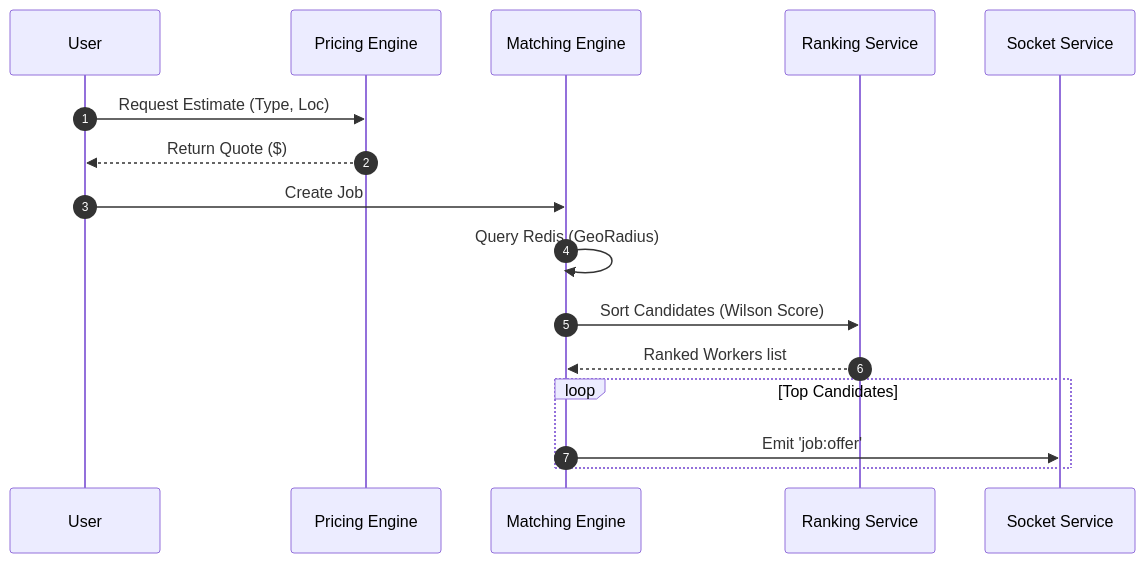
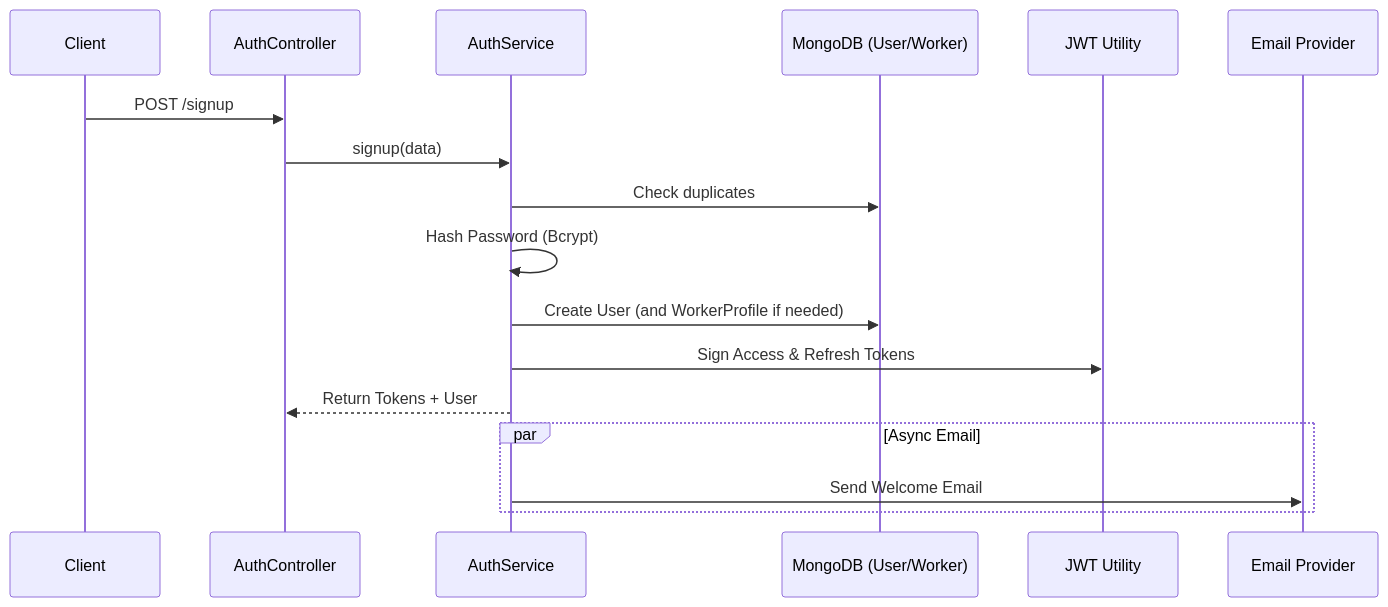
One commit to Somilg11/oddigo-v2 changed the first of 6 diagrams in docs_detailed_flows/DATA_FLOW_DIAGRAMS.md. Above: the diagram before and after it, drawn with Mermaid. The commit also changed other lines of this file and 2 other files, not shown here.

````diff
--- a/docs_detailed_flows/DATA_FLOW_DIAGRAMS.md
+++ b/docs_detailed_flows/DATA_FLOW_DIAGRAMS.md
@@ -34,21 +8,21 @@
 ```mermaid
 sequenceDiagram
-    autonumber
-    participant User
-    participant Pricing as Pricing Engine
-    participant Match as Matching Engine
-    participant Rank as Ranking Service
-    participant Socket as Socket Service
+    participant Client
+    participant AuthController
+    participant AuthService
+    participant DB as MongoDB (User/Worker)
+    participant JWT as JWT Utility
+    participant Email as Email Provider
 
-    User->>Pricing: Request Estimate (Type, Loc)
-    Pricing-->>User: Return Quote ($)
+    Client->>AuthController: POST /signup
+    AuthController->>AuthService: signup(data)
+    AuthService->>DB: Check duplicates
+    AuthService->>AuthService: Hash Password (Bcrypt)
+    AuthService->>DB: Create User (and WorkerProfile if needed)
+    AuthService->>JWT: Sign Access & Refresh Tokens
+    AuthService-->>AuthController: Return Tokens + User
     
-    User->>Match: Create Job
-    Match->>Match: Query Redis (GeoRadius)
-    Match->>Rank: Sort Candidates (Wilson Score)
-    Rank-->>Match: Ranked Workers list
-    
-    loop Top Candidates
-        Match->>Socket: Emit 'job:offer'
+    par Async Email
+        AuthService->>Email: Send Welcome Email
     end
 ```
````
